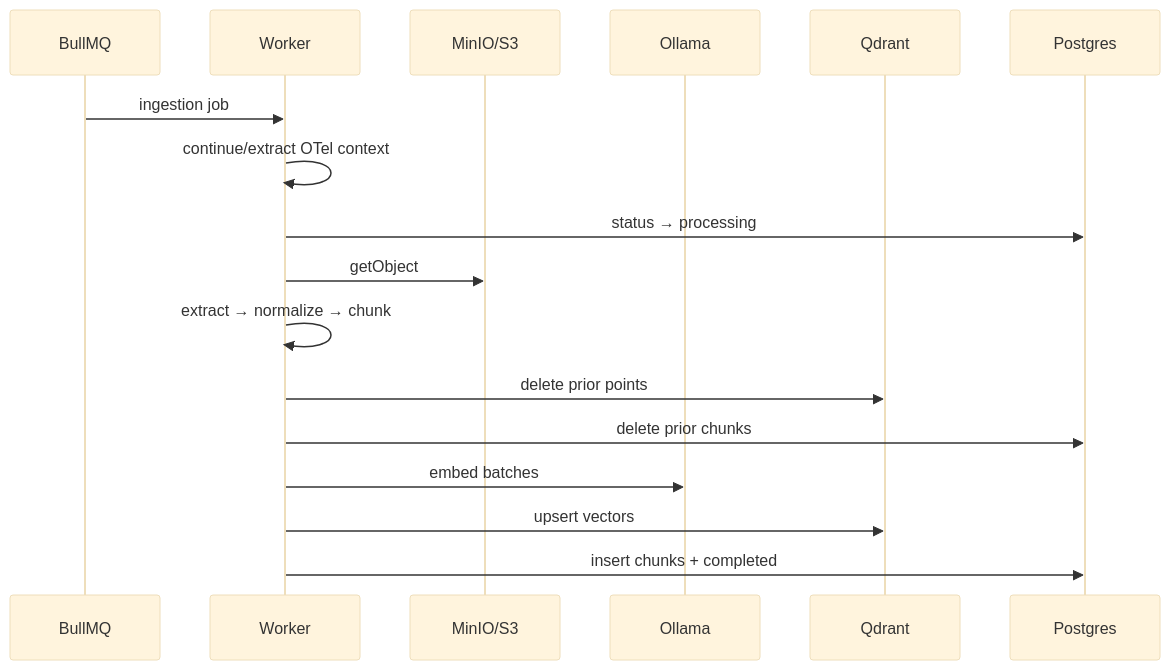
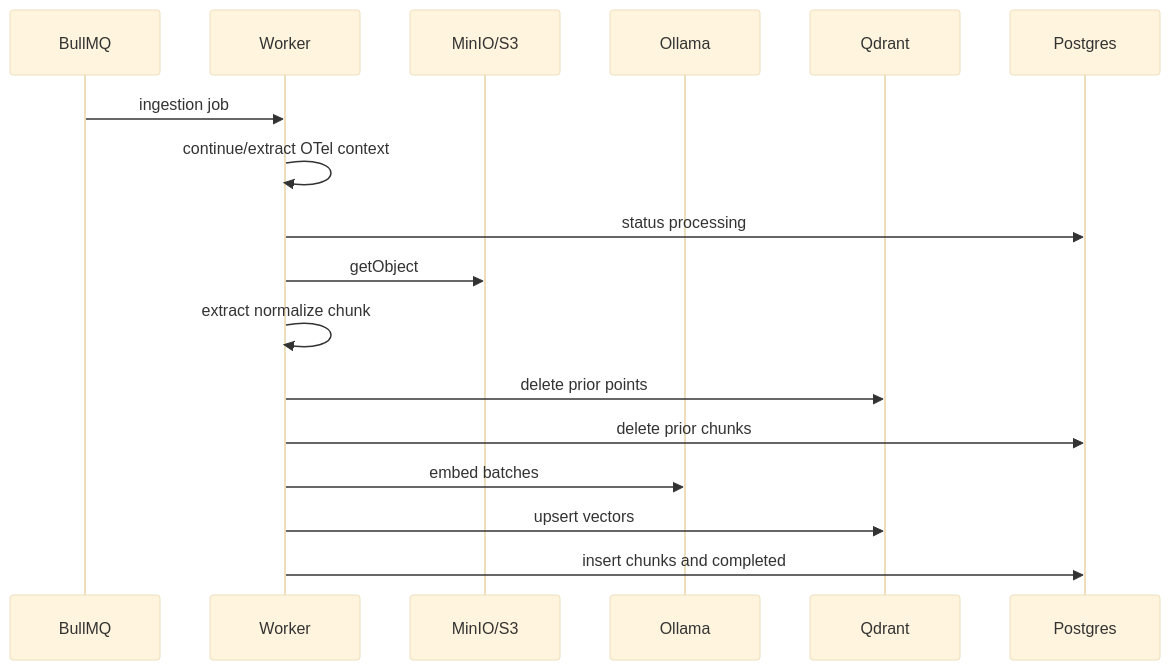
Before and after one commit to EBay1992/atlas: the second of 4 diagrams in docs/architecture/sequence-diagrams.md, drawn with Mermaid (base theme). The commit also changed other lines of this file and 3 other files, not shown here.

First line of the commit message:
docs: fix Mermaid diagrams for GitHub rendering

````diff
--- a/docs/architecture/sequence-diagrams.md
+++ b/docs/architecture/sequence-diagrams.md
@@ -23,20 +23,20 @@
 ```mermaid
 sequenceDiagram
   participant Q as BullMQ
   participant W as Worker
   participant S3 as MinIO/S3
   participant Emb as Ollama
   participant V as Qdrant
   participant DB as Postgres
 
   Q->>W: ingestion job
   W->>W: continue/extract OTel context
-  W->>DB: status → processing
+  W->>DB: status processing
   W->>S3: getObject
-  W->>W: extract → normalize → chunk
+  W->>W: extract normalize chunk
   W->>V: delete prior points
   W->>DB: delete prior chunks
   W->>Emb: embed batches
   W->>V: upsert vectors
-  W->>DB: insert chunks + completed
+  W->>DB: insert chunks and completed
 ```
````
